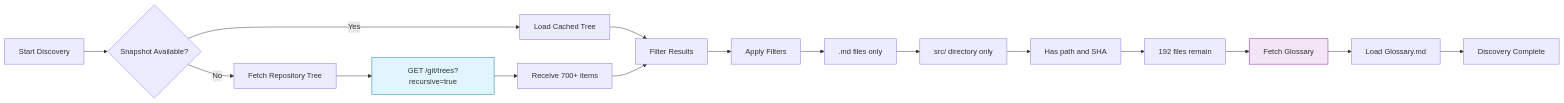
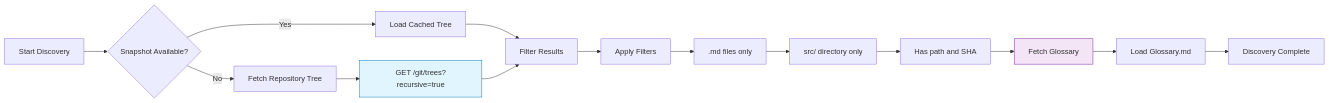
One commit to NivaldoFarias/translate-react changed the fourth of 11 diagrams in docs/WORKFLOW.md. Above: the diagram before and after it, drawn with Mermaid. The commit also changed other lines of this file and 28 other files, not shown here.

````diff
--- a/docs/WORKFLOW.md
+++ b/docs/WORKFLOW.md
@@ -170,24 +177,22 @@
 ```mermaid
 flowchart LR
     A[Start Discovery] --> B{Snapshot Available?}
     B -->|Yes| C[Load Cached Tree]
     B -->|No| D[Fetch Repository Tree]
 
-    D --> E["GET /git/trees?recursive=true"]
-    E --> F[Receive 700+ items]
+    D --> E[GET /git/trees?recursive=true]
     C --> G[Filter Results]
-    F --> G
+    E --> G
 
     G --> H[Apply Filters]
     H --> I[".md files only"]
     I --> J["src/ directory only"]
     J --> K[Has path and SHA]
 
-    K --> L[192 files remain]
-    L --> M[Fetch Glossary]
+    K --> M[Fetch Glossary]
     M --> N[Load Glossary.md]
     N --> O[Discovery Complete]
 
     style E fill:#e1f5fe,stroke:#0277bd
     style M fill:#f3e5f5,stroke:#7b1fa2
 ```
````
